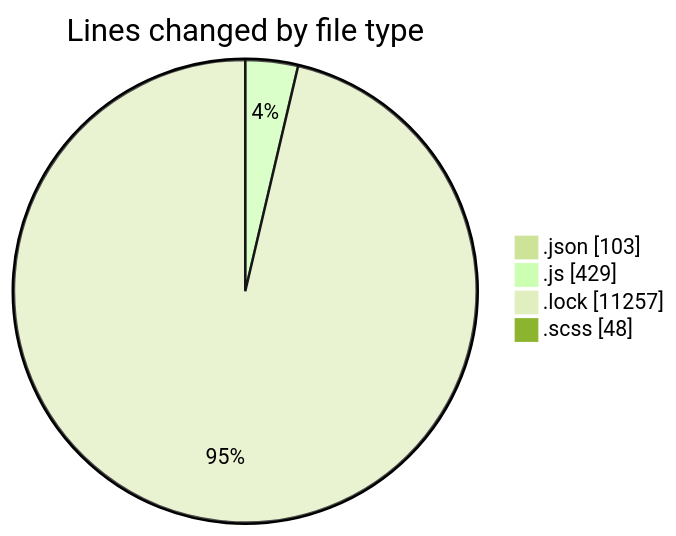
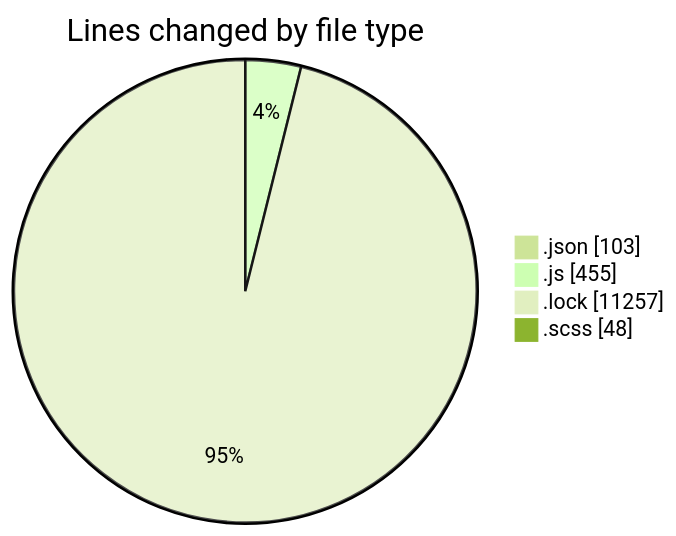
One commit to momahboobian/code-tracking changed the first of 2 diagrams in 2026-01-06/cda/README.md. Above: the diagram before and after it, drawn with Mermaid (forest theme). The commit also changed other lines of this file and 1 other file, not shown here.

````diff
--- a/2026-01-06/cda/README.md
+++ b/2026-01-06/cda/README.md
@@ -27,8 +27,8 @@
 ```mermaid
 pie showData
 title Lines changed by file type
 ".json" : 103
-".js" : 429
+".js" : 455
 ".lock" : 11257
 ".scss" : 48
 ```
````
